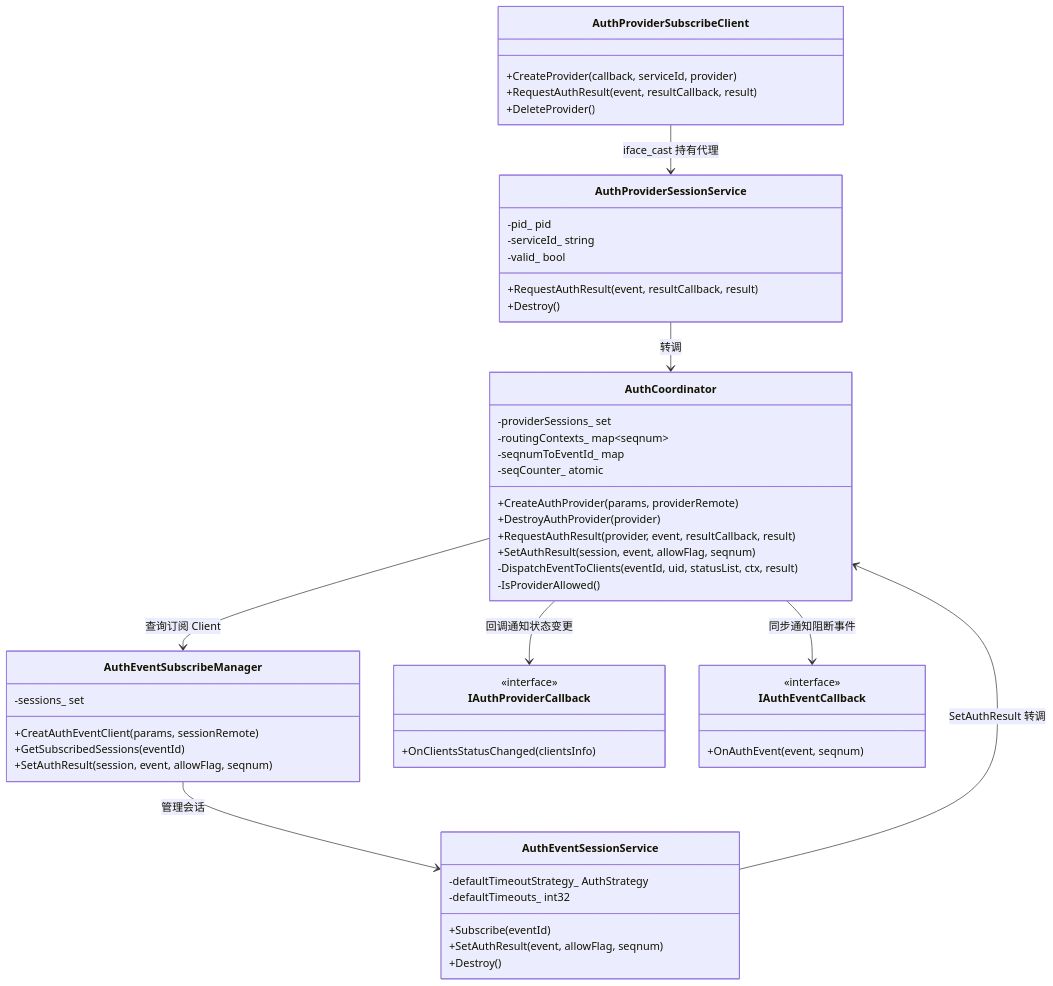
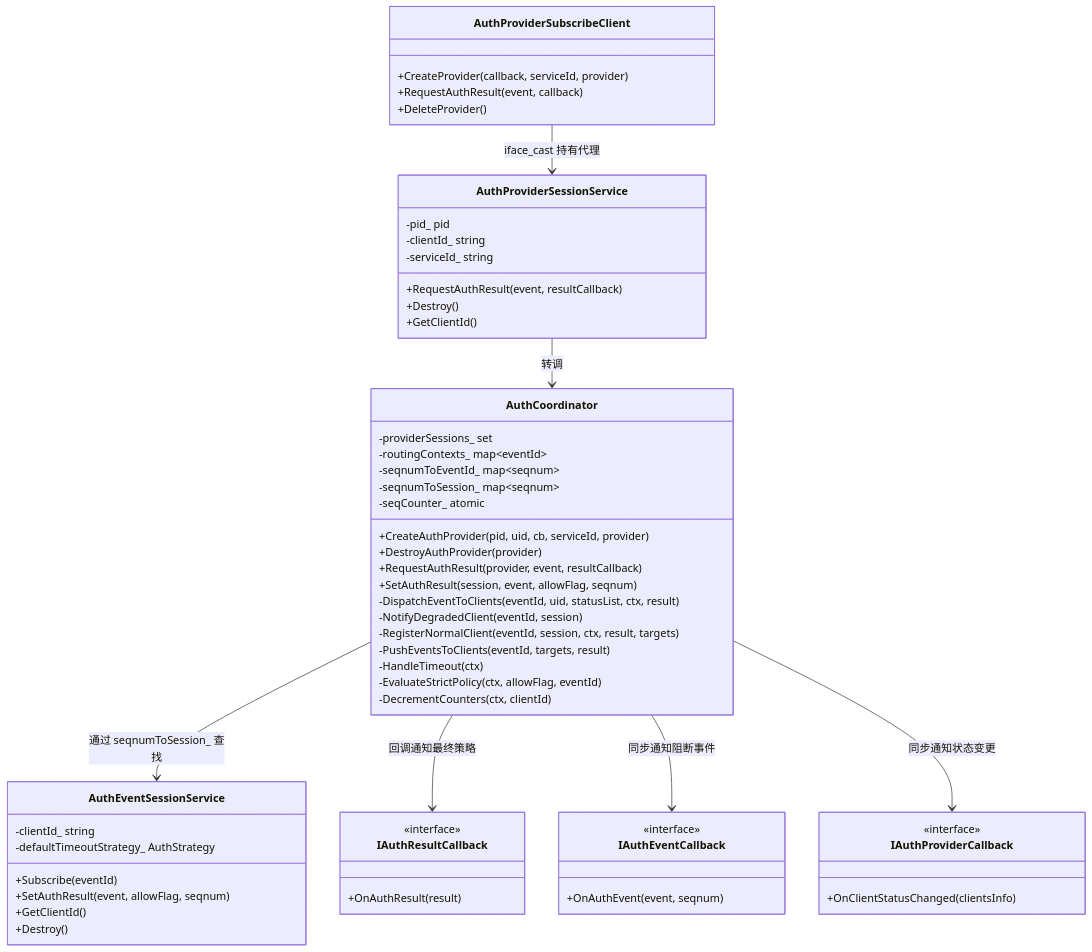
Before and after one commit to eclipse-oniro-mirrors/security_security_guard: the first of 10 diagrams in .sdd/SR-20260806903302/design-doc.md, drawn with Mermaid. The commit also changed other lines of this file and 50 other files, not shown here.

````diff
--- a/.sdd/SR-20260806903302/design-doc.md
+++ b/.sdd/SR-20260806903302/design-doc.md
@@ -40,62 +43,67 @@
 ```mermaid
 classDiagram
     class AuthProviderSubscribeClient {
         +CreateProvider(callback, serviceId, provider)
-        +RequestAuthResult(event, resultCallback, result)
+        +RequestAuthResult(event, callback)
         +DeleteProvider()
     }
 
     class AuthProviderSessionService {
         -pid_ pid
+        -clientId_ string
         -serviceId_ string
-        -valid_ bool
-        +RequestAuthResult(event, resultCallback, result)
+        +RequestAuthResult(event, resultCallback)
         +Destroy()
+        +GetClientId()
     }
 
     class AuthCoordinator {
         -providerSessions_ set
-        -routingContexts_ map~seqnum~
-        -seqnumToEventId_ map
+        -routingContexts_ map~eventId~
+        -seqnumToEventId_ map~seqnum~
+        -seqnumToSession_ map~seqnum~
         -seqCounter_ atomic
-        +CreateAuthProvider(params, providerRemote)
+        +CreateAuthProvider(pid, uid, cb, serviceId, provider)
         +DestroyAuthProvider(provider)
-        +RequestAuthResult(provider, event, resultCallback, result)
+        +RequestAuthResult(provider, event, resultCallback)
         +SetAuthResult(session, event, allowFlag, seqnum)
         -DispatchEventToClients(eventId, uid, statusList, ctx, result)
-        -IsProviderAllowed()
-    }
-
-    class AuthEventSubscribeManager {
-        -sessions_ set
-        +CreatAuthEventClient(params, sessionRemote)
-        +GetSubscribedSessions(eventId)
-        +SetAuthResult(session, event, allowFlag, seqnum)
+        -NotifyDegradedClient(eventId, session)
+        -RegisterNormalClient(eventId, session, ctx, result, targets)
+        -PushEventsToClients(eventId, targets, result)
+        -HandleTimeout(ctx)
+        -EvaluateStrictPolicy(ctx, allowFlag, eventId)
+        -DecrementCounters(ctx, clientId)
     }
 
     class AuthEventSessionService {
+        -clientId_ string
         -defaultTimeoutStrategy_ AuthStrategy
-        -defaultTimeouts_ int32
         +Subscribe(eventId)
         +SetAuthResult(event, allowFlag, seqnum)
+        +GetClientId()
         +Destroy()
     }
 
-    class IAuthProviderCallback {
+    class IAuthResultCallback {
         <<interface>>
-        +OnClientsStatusChanged(clientsInfo)
+        +OnAuthResult(result)
     }
 
     class IAuthEventCallback {
         <<interface>>
         +OnAuthEvent(event, seqnum)
     }
 
+    class IAuthProviderCallback {
+        <<interface>>
+        +OnClientStatusChanged(clientsInfo)
+    }
+
     AuthProviderSubscribeClient --> AuthProviderSessionService : iface_cast 持有代理
     AuthProviderSessionService --> AuthCoordinator : 转调
-    AuthCoordinator --> AuthEventSubscribeManager : 查询订阅 Client
-    AuthCoordinator --> IAuthProviderCallback : 回调通知状态变更
-    AuthEventSubscribeManager --> AuthEventSessionService : 管理会话
-    AuthEventSessionService --> AuthCoordinator : SetAuthResult 转调
+    AuthCoordinator --> AuthEventSessionService : 通过 seqnumToSession_ 查找
+    AuthCoordinator --> IAuthResultCallback : 回调通知最终策略
     AuthCoordinator --> IAuthEventCallback : 同步通知阻断事件
+    AuthCoordinator --> IAuthProviderCallback : 同步通知状态变更
 ```
````
